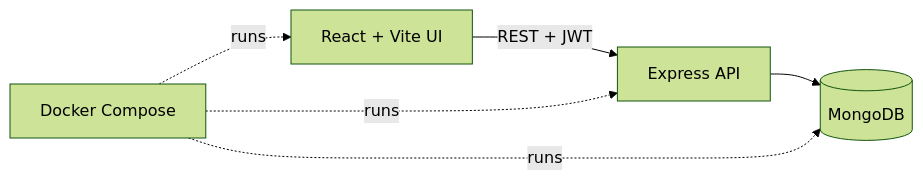
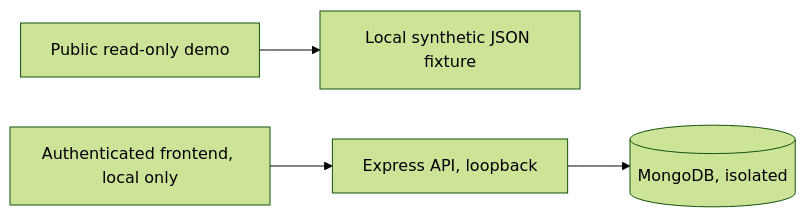
The diagram in README.md (senanurcetin/PlantLog-MERN), drawn with Mermaid (forest theme) before and after one commit. The commit also changed other lines of this file and 35 other files, not shown here.

````diff
--- a/README.md
+++ b/README.md
@@ -112,8 +27,6 @@
 ```mermaid
 flowchart LR
-    A[React + Vite UI] -->|REST + JWT| B[Express API]
-    B --> C[(MongoDB)]
-    D[Docker Compose] -. runs .-> A
-    D -. runs .-> B
-    D -. runs .-> C
+    A[Public read-only demo] --> B[Local synthetic JSON fixture]
+    C[Authenticated frontend, local only] --> D[Express API, loopback]
+    D --> E[(MongoDB, isolated)]
 ```
````
